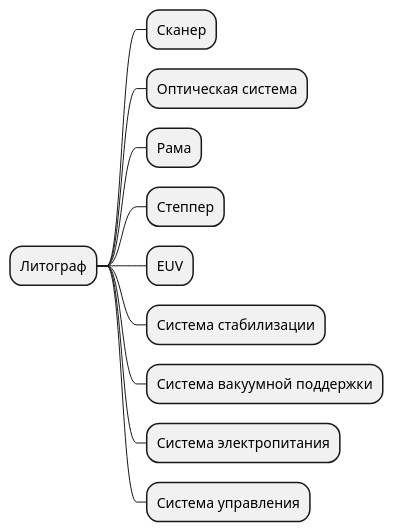
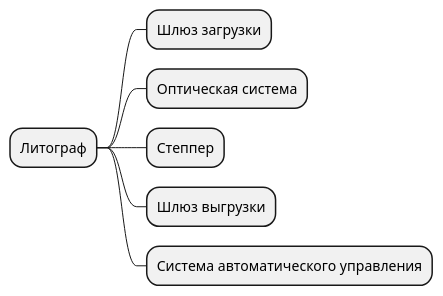
One commit to TsarS/lithograph changed the diagram in assets/general.pu. Above: the diagram before and after it, drawn with PlantUML. The commit also changed other lines of this file and 1 other file, not shown here.

```diff
--- a/assets/general.pu
+++ b/assets/general.pu
@@ -1,12 +1,8 @@
 @startmindmap
 * Литограф
-** Сканер
+** Шлюз загрузки
 ** Оптическая система
-** Рама
 ** Степпер
-** EUV
-** Система стабилизации
-** Система вакуумной поддержки
-** Система электропитания
-** Система управления
+** Шлюз выгрузки
+** Система автоматического управления
 @endmindmap
```
